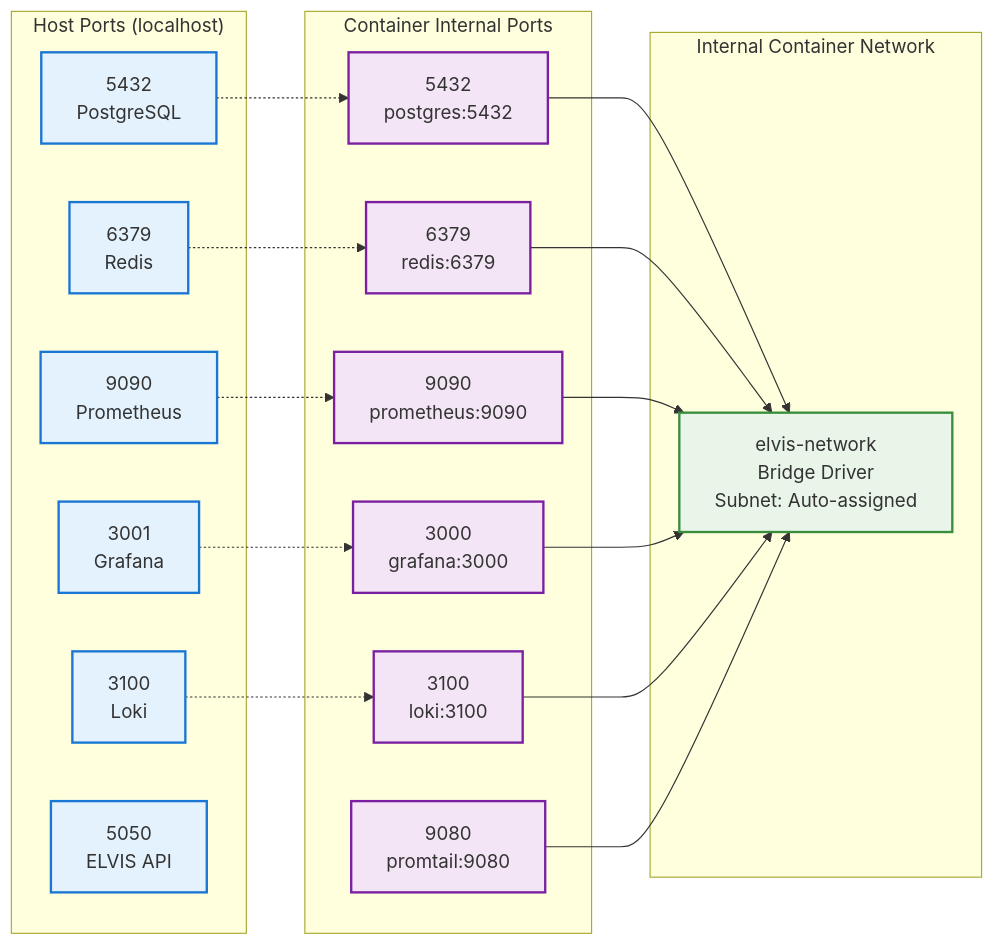
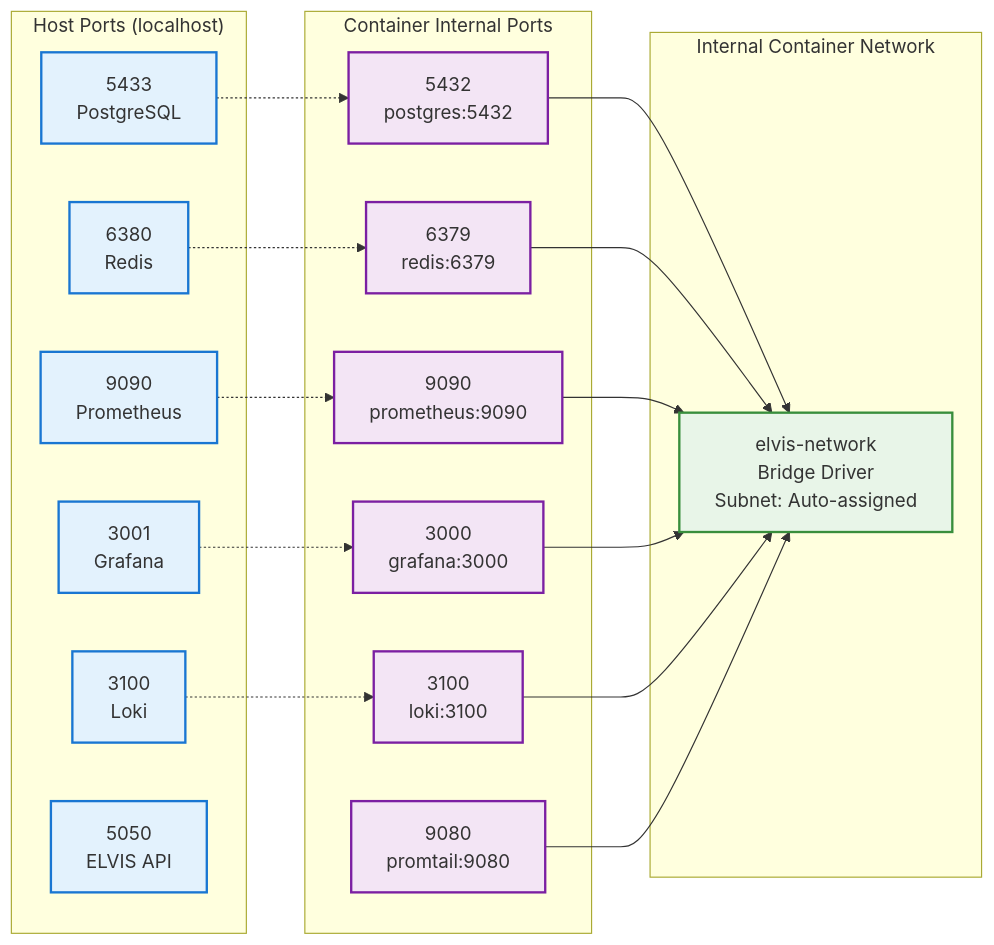
One commit to cluster2600/ELVIS changed the second of 7 diagrams in ELVIS_SYSTEM_ARCHITECTURE.md. Above: the diagram before and after it, drawn with Mermaid. The commit also changed other lines of this file and 60 other files, not shown here.

````diff
--- a/ELVIS_SYSTEM_ARCHITECTURE.md
+++ b/ELVIS_SYSTEM_ARCHITECTURE.md
@@ -85,45 +99,45 @@
 ```mermaid
 graph LR
     subgraph "Host Ports (localhost)"
-        H1[5432<br/>PostgreSQL]
-        H2[6379<br/>Redis]
+        H1[5433<br/>PostgreSQL]
+        H2[6380<br/>Redis]
         H3[9090<br/>Prometheus]
         H4[3001<br/>Grafana]
         H5[3100<br/>Loki]
         H6[5050<br/>ELVIS API]
     end
     
     subgraph "Container Internal Ports"
         C1[5432<br/>postgres:5432]
         C2[6379<br/>redis:6379]
         C3[9090<br/>prometheus:9090]
         C4[3000<br/>grafana:3000]
         C5[3100<br/>loki:3100]
         C6[9080<br/>promtail:9080]
     end
     
     subgraph "Internal Container Network"
         N1[elvis-network<br/>Bridge Driver<br/>Subnet: Auto-assigned]
     end
     
     H1 -.-> C1
     H2 -.-> C2
     H3 -.-> C3
     H4 -.-> C4
     H5 -.-> C5
     
     C1 --> N1
     C2 --> N1
     C3 --> N1
     C4 --> N1
     C5 --> N1
     C6 --> N1
     
     classDef hostPort fill:#e3f2fd,stroke:#1976d2,stroke-width:2px
     classDef containerPort fill:#f3e5f5,stroke:#7b1fa2,stroke-width:2px
     classDef network fill:#e8f5e8,stroke:#388e3c,stroke-width:2px
     
     class H1,H2,H3,H4,H5,H6 hostPort
     class C1,C2,C3,C4,C5,C6 containerPort
     class N1 network
 ```
````
